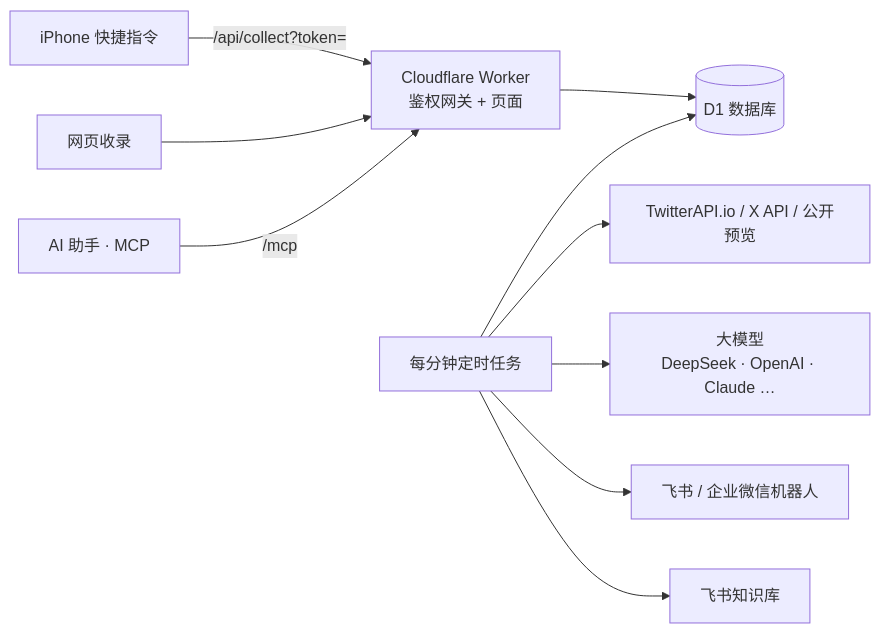
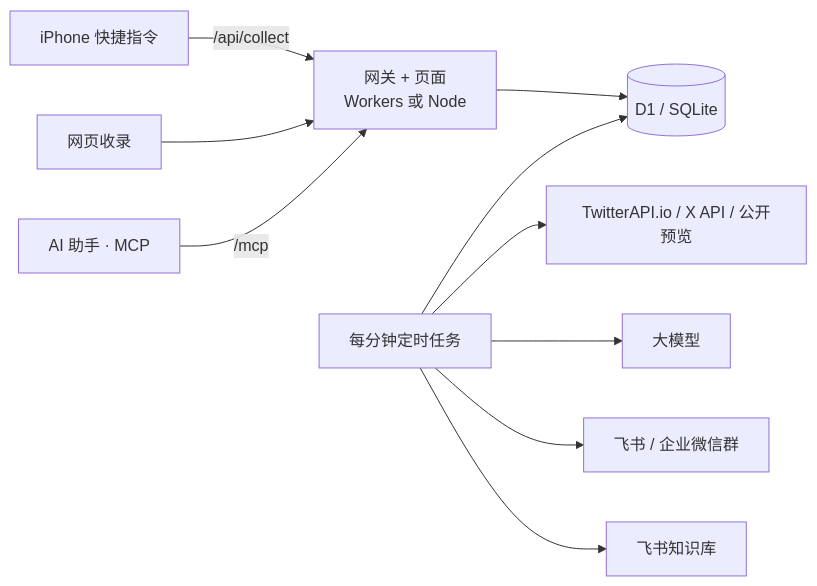
The diagram in README.md (Satyuki1/information-hub), drawn with Mermaid before and after one commit. The commit also changed other lines of this file and 42 other files, not shown here.

````diff
--- a/README.md
+++ b/README.md
@@ -225,12 +203,12 @@
 ```mermaid
 flowchart LR
-  A[iPhone 快捷指令] -->|/api/collect?token=| W
+  A[iPhone 快捷指令] -->|/api/collect| W
   B[网页收录] --> W
   M[AI 助手 · MCP] -->|/mcp| W
-  W[Cloudflare Worker<br>鉴权网关 + 页面] --> D[(D1 数据库)]
+  W[网关 + 页面<br>Workers 或 Node] --> D[(D1 / SQLite)]
   C[每分钟定时任务] --> X[TwitterAPI.io / X API / 公开预览]
-  C --> L[大模型<br>DeepSeek · OpenAI · Claude …]
-  C --> P[飞书 / 企业微信机器人]
+  C --> L[大模型]
+  C --> P[飞书 / 企业微信群]
   C --> F[飞书知识库]
   C --> D
 ```
````
